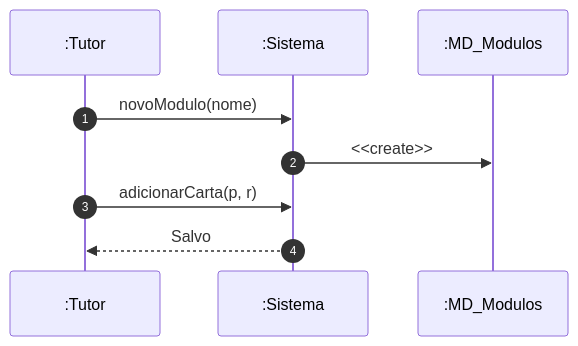
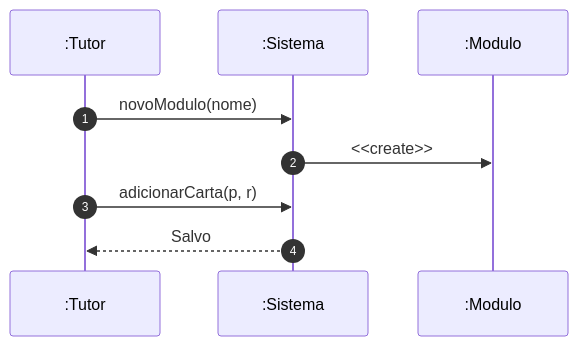
The second of 2 diagrams in PIM_III/02_Modelagem_UML_Astah/UC05_Gerenciar_Conteudo_Cartas/README.md (MayconDIS/PIM_III-Documentacao_UML), drawn with Mermaid before and after one commit. The commit also changed other lines of this file and 86 other files, not shown here.

Commit message:
docs(uml): add comprehensive UML diagrams and tutorials for all 15 use cases

````diff
--- a/PIM_III/02_Modelagem_UML_Astah/UC05_Gerenciar_Conteudo_Cartas/README.md
+++ b/PIM_III/02_Modelagem_UML_Astah/UC05_Gerenciar_Conteudo_Cartas/README.md
@@ -53,11 +53,11 @@
 ```mermaid
 sequenceDiagram
     autonumber
     participant T as :Tutor
     participant S as :Sistema
-    participant M as :MD_Modulos
+    participant M as :Modulo
     T->>S: novoModulo(nome)
     S->>M: <<create>>
     T->>S: adicionarCarta(p, r)
     S-->>T: Salvo
 ```
````
